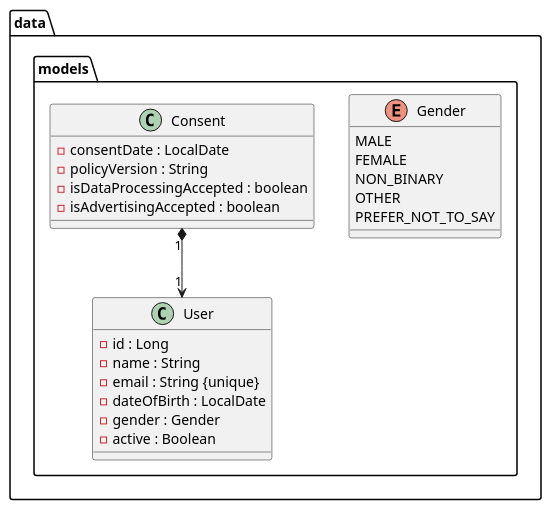
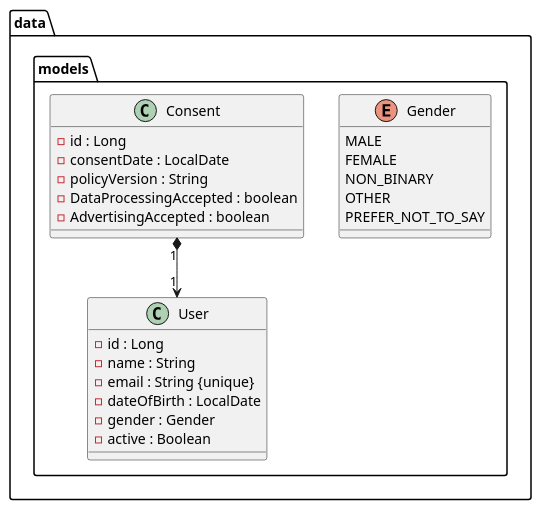
Before and after one commit to DanielBenito-c/poo: the diagram in docs/models.puml, drawn with PlantUML.

Commit message:
UML puml changes.DBenito

```diff
--- a/docs/models.puml
+++ b/docs/models.puml
@@ -1,30 +1,31 @@
 @startuml
 package data.models {
 enum Gender {
   MALE
   FEMALE
   NON_BINARY
   OTHER
   PREFER_NOT_TO_SAY
 }
 
 class Consent {
+  -id : Long
   -consentDate : LocalDate
   -policyVersion : String
-  -isDataProcessingAccepted : boolean
-  -isAdvertisingAccepted : boolean
+  -DataProcessingAccepted : boolean
+  -AdvertisingAccepted : boolean
 }
 
 class User {
   -id : Long
   -name : String
   -email : String {unique}
   -dateOfBirth : LocalDate
   -gender : Gender
   -active : Boolean
 }
 
 Consent "1" *--> "1" User
 }
 
 @enduml
```
